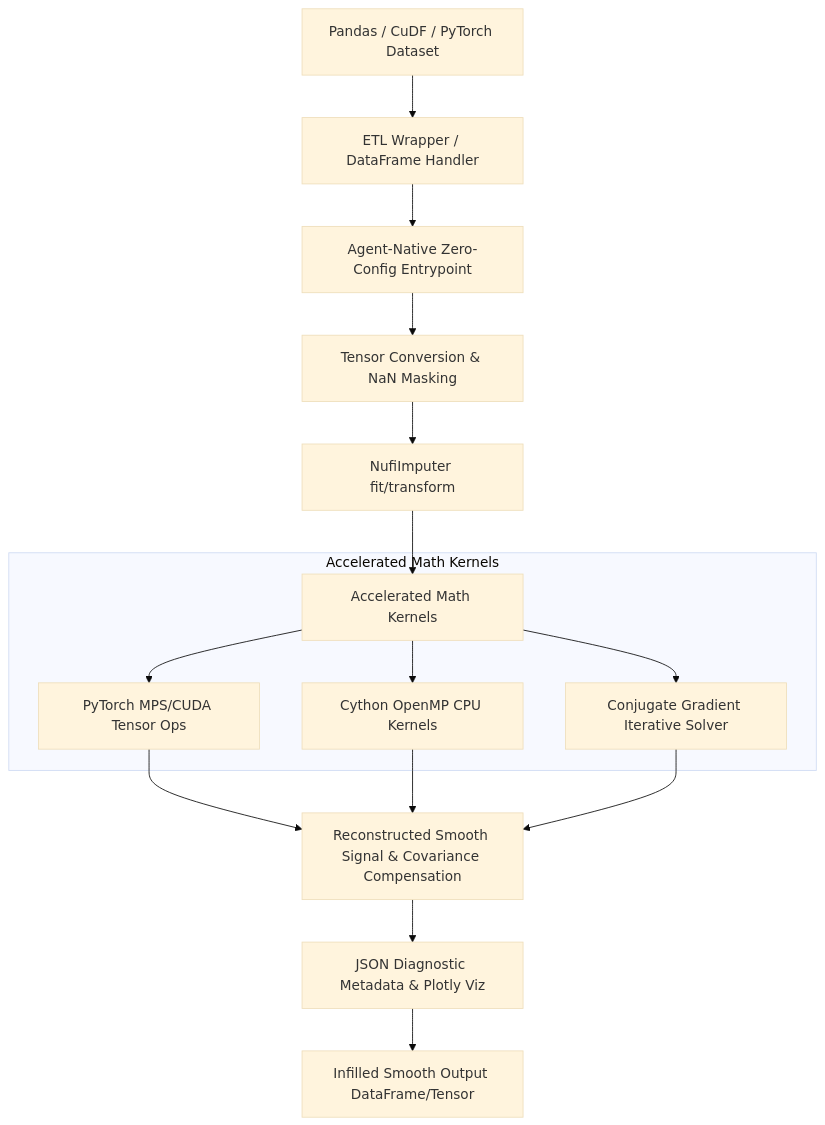
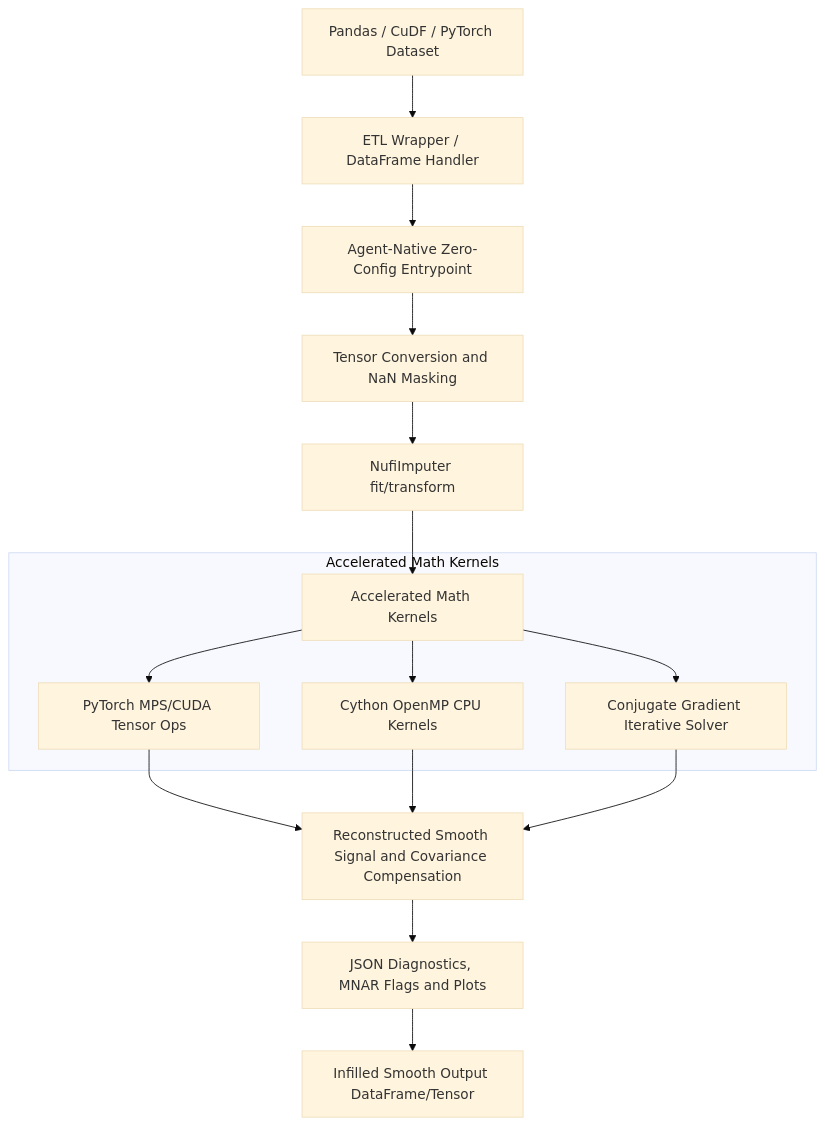
One commit to dataopsnick/nonuniform-fourier-infill changed the first of 2 diagrams in PLAN.md. Above: the diagram before and after it, drawn with Mermaid (base theme). The commit also changed other lines of this file and 1 other file, not shown here.

````diff
--- a/PLAN.md
+++ b/PLAN.md
@@ -42,18 +67,18 @@
 ```mermaid
 graph TD
     Data[Pandas / CuDF / PyTorch Dataset] --> Wrapper[ETL Wrapper / DataFrame Handler]
     Wrapper --> Agent[Agent-Native Zero-Config Entrypoint]
-    Agent --> TensorConversion[Tensor Conversion & NaN Masking]
+    Agent --> TensorConversion[Tensor Conversion and NaN Masking]
     TensorConversion --> Imputer[NufiImputer fit/transform]
     Imputer --> CoreMath[Accelerated Math Kernels]
     subgraph Accelerated Math Kernels
         CoreMath --> PyTorchGPU[PyTorch MPS/CUDA Tensor Ops]
         CoreMath --> CythonCPU[Cython OpenMP CPU Kernels]
         CoreMath --> CGSolver[Conjugate Gradient Iterative Solver]
     end
-    PyTorchGPU --> Reconstructed[Reconstructed Smooth Signal & Covariance Compensation]
+    PyTorchGPU --> Reconstructed[Reconstructed Smooth Signal and Covariance Compensation]
     CythonCPU --> Reconstructed
     CGSolver --> Reconstructed
-    Reconstructed --> Diagnostics[JSON Diagnostic Metadata & Plotly Viz]
+    Reconstructed --> Diagnostics[JSON Diagnostics, MNAR Flags and Plots]
     Diagnostics --> Out[Infilled Smooth Output DataFrame/Tensor]
 ```
````
